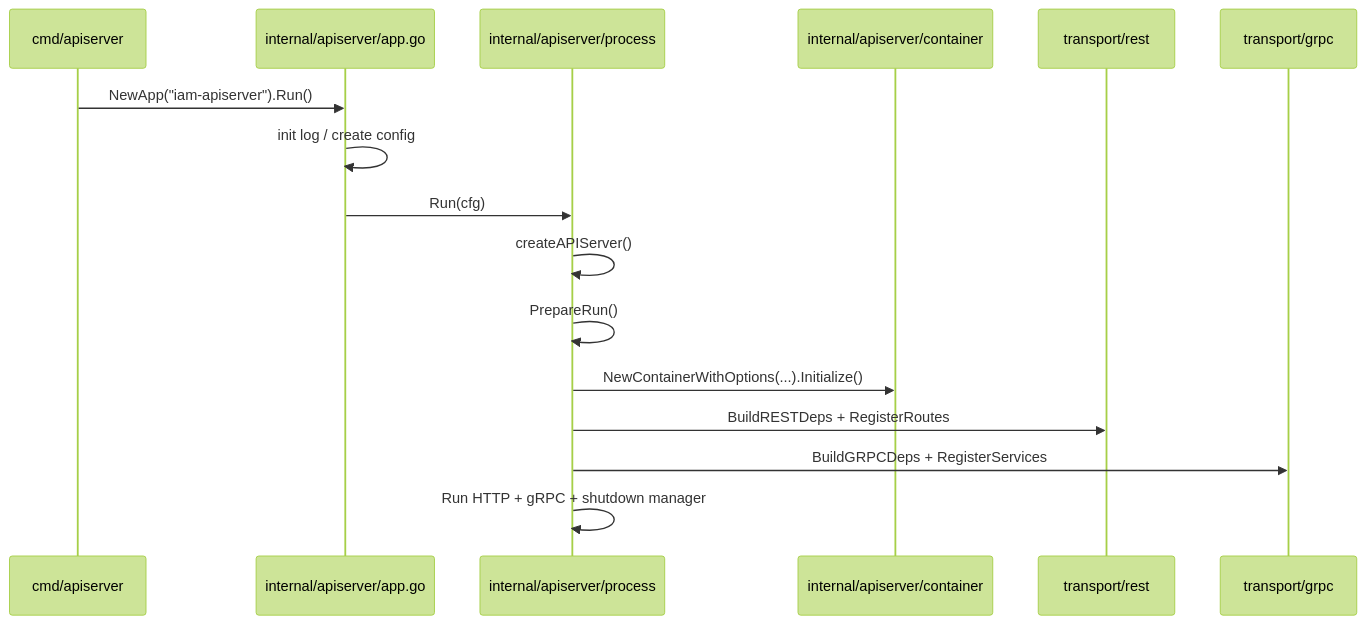
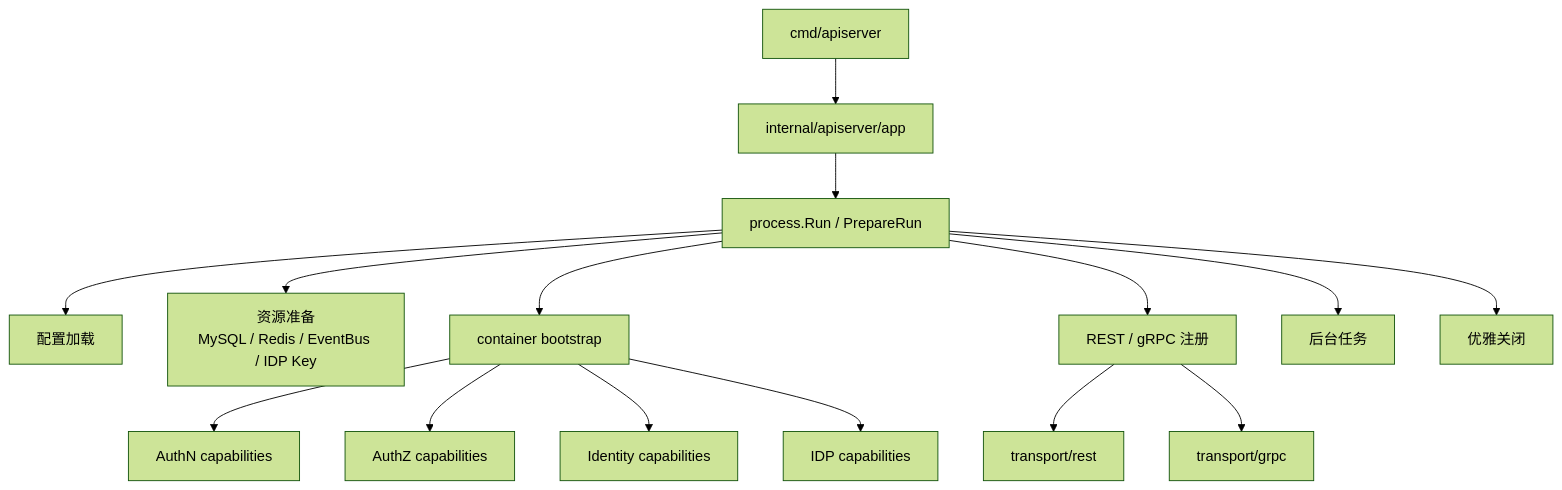
One commit to FangcunMount/iam changed the second of 9 diagrams in docs/00-概览/01-系统架构总览.md. Above: the diagram before and after it, drawn with Mermaid (forest theme). The commit also changed other lines of this file and 4 other files, not shown here.

````diff
--- a/docs/00-概览/01-系统架构总览.md
+++ b/docs/00-概览/01-系统架构总览.md
@@ -133,19 +161,20 @@
 ```mermaid
-sequenceDiagram
-    participant Main as cmd/apiserver
-    participant App as internal/apiserver/app.go
-    participant Process as internal/apiserver/process
-    participant Container as internal/apiserver/container
-    participant REST as transport/rest
-    participant GRPC as transport/grpc
+flowchart TD
+    Main["cmd/apiserver"] --> App["internal/apiserver/app"]
+    App --> Process["process.Run / PrepareRun"]
 
-    Main->>App: NewApp("iam-apiserver").Run()
-    App->>App: init log / create config
-    App->>Process: Run(cfg)
-    Process->>Process: createAPIServer()
-    Process->>Process: PrepareRun()
-    Process->>Container: NewContainerWithOptions(...).Initialize()
-    Process->>REST: BuildRESTDeps + RegisterRoutes
-    Process->>GRPC: BuildGRPCDeps + RegisterServices
-    Process->>Process: Run HTTP + gRPC + shutdown manager
+    Process --> Config["配置加载"]
+    Process --> Resource["资源准备<br/>MySQL / Redis / EventBus / IDP Key"]
+    Process --> Container["container bootstrap"]
+    Process --> Transport["REST / gRPC 注册"]
+    Process --> RuntimeTask["后台任务"]
+    Process --> Shutdown["优雅关闭"]
+
+    Container --> AuthNCap["AuthN capabilities"]
+    Container --> AuthZCap["AuthZ capabilities"]
+    Container --> IdentityCap["Identity capabilities"]
+    Container --> IDPCap["IDP capabilities"]
+
+    Transport --> REST["transport/rest"]
+    Transport --> GRPC["transport/grpc"]
 ```
````
